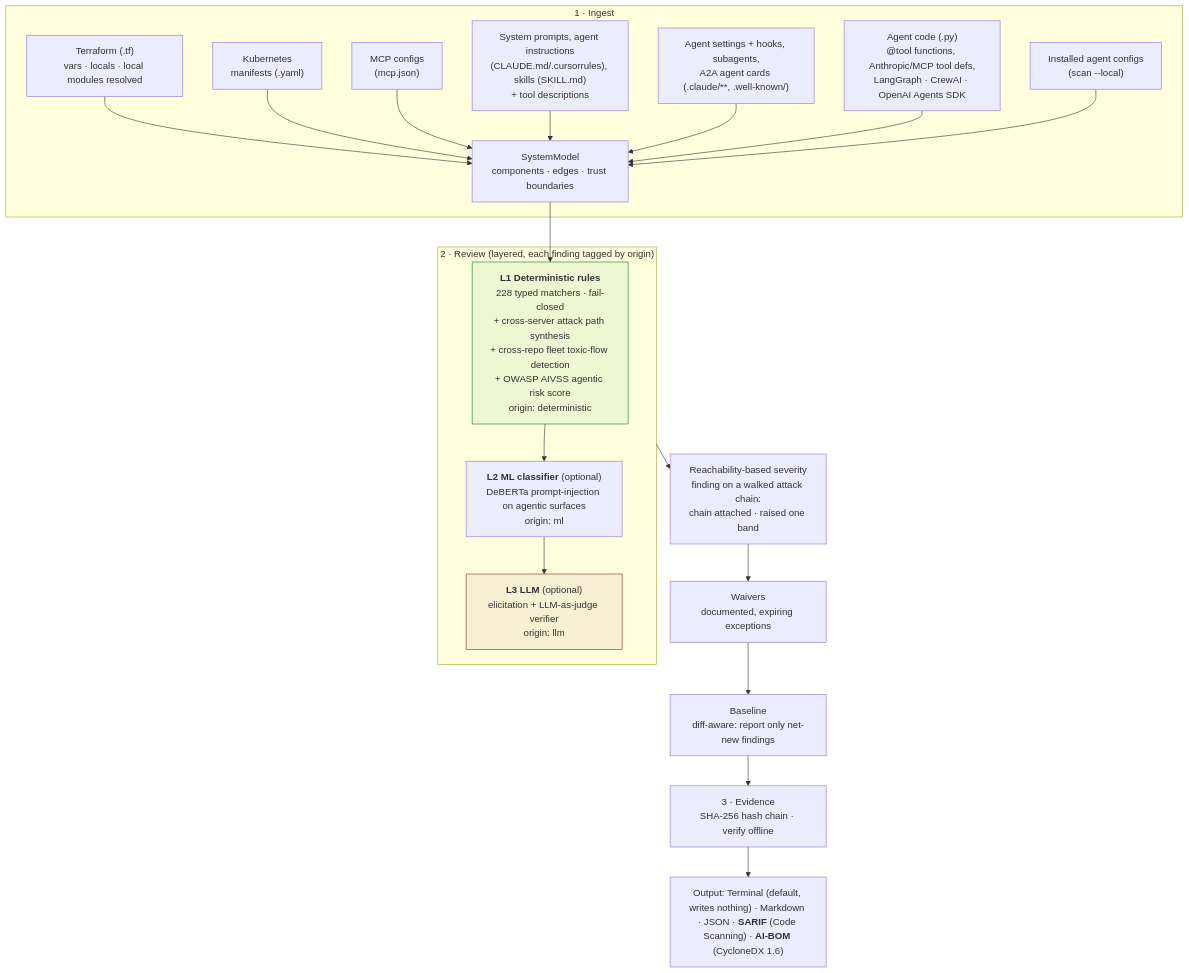
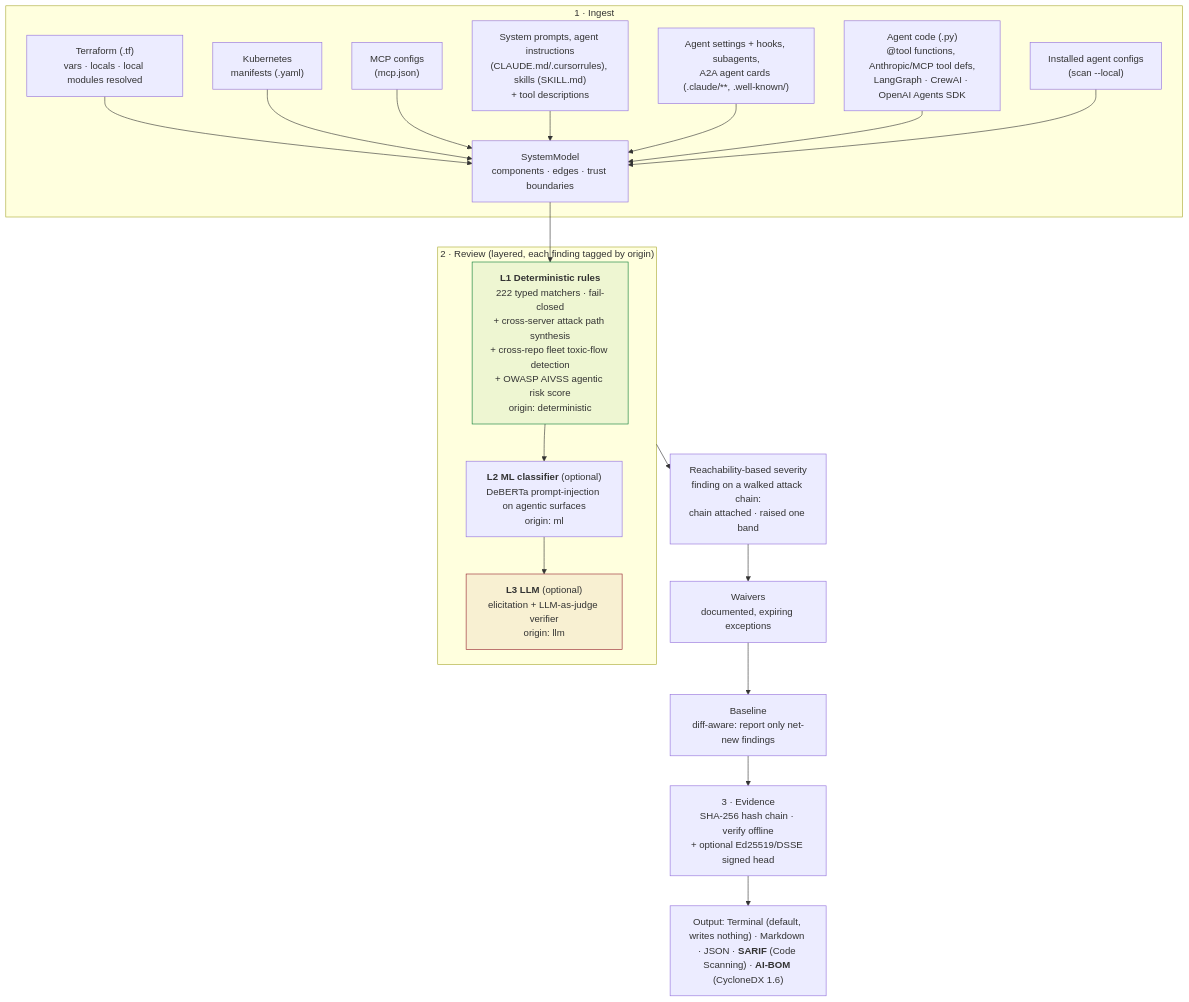
The first of 4 diagrams in README.md (attestral-labs/attestral), drawn with Mermaid before and after one commit. The commit also changed other lines of this file and 9 other files, not shown here.

First line of the commit message:
Sign the evidence chain: tamper-evident -> authentic (Ed25519 / DSSE)

````diff
--- a/README.md
+++ b/README.md
@@ -106,27 +106,27 @@
 ```mermaid
 flowchart TB
     subgraph ING["1 · Ingest"]
         TF["Terraform (.tf)<br/>vars · locals · local modules resolved"] --> M
         K8S["Kubernetes<br/>manifests (.yaml)"] --> M
         MCP["MCP configs<br/>(mcp.json)"] --> M
         SP["System prompts, agent instructions<br/>(CLAUDE.md/.cursorrules), skills (SKILL.md)<br/>+ tool descriptions"] --> M
         AC["Agent settings + hooks, subagents,<br/>A2A agent cards (.claude/**, .well-known/)"] --> M
         CODE["Agent code (.py)<br/>@tool functions, Anthropic/MCP tool defs,<br/>LangGraph · CrewAI · OpenAI Agents SDK"] --> M
         LC["Installed agent configs<br/>(scan --local)"] --> M
         M["SystemModel<br/>components · edges · trust boundaries"]
     end
     M --> L1
     subgraph REV["2 · Review (layered, each finding tagged by origin)"]
-        L1["<b>L1 Deterministic rules</b><br/>228 typed matchers · fail-closed<br/>+ cross-server attack path synthesis<br/>+ cross-repo fleet toxic-flow detection<br/>+ OWASP AIVSS agentic risk score<br/>origin: deterministic"]
+        L1["<b>L1 Deterministic rules</b><br/>222 typed matchers · fail-closed<br/>+ cross-server attack path synthesis<br/>+ cross-repo fleet toxic-flow detection<br/>+ OWASP AIVSS agentic risk score<br/>origin: deterministic"]
         L2["<b>L2 ML classifier</b> (optional)<br/>DeBERTa prompt-injection on agentic surfaces<br/>origin: ml"]
         L3["<b>L3 LLM</b> (optional)<br/>elicitation + LLM-as-judge verifier<br/>origin: llm"]
         L1 --> L2 --> L3
     end
     REV --> RS["Reachability-based severity<br/>finding on a walked attack chain:<br/>chain attached · raised one band"]
     RS --> W["Waivers<br/>documented, expiring exceptions"]
     W --> BL["Baseline<br/>diff-aware: report only net-new findings"]
-    BL --> EV["3 · Evidence<br/>SHA-256 hash chain · verify offline"]
+    BL --> EV["3 · Evidence<br/>SHA-256 hash chain · verify offline<br/>+ optional Ed25519/DSSE signed head"]
     EV --> OUT["Output: Terminal (default, writes nothing) · Markdown · JSON · <b>SARIF</b> (Code Scanning) · <b>AI-BOM</b> (CycloneDX 1.6)"]
     style L1 fill:#0a7d3611,stroke:#0a7d36
     style L3 fill:#96222E11,stroke:#96222E
 ```
````
